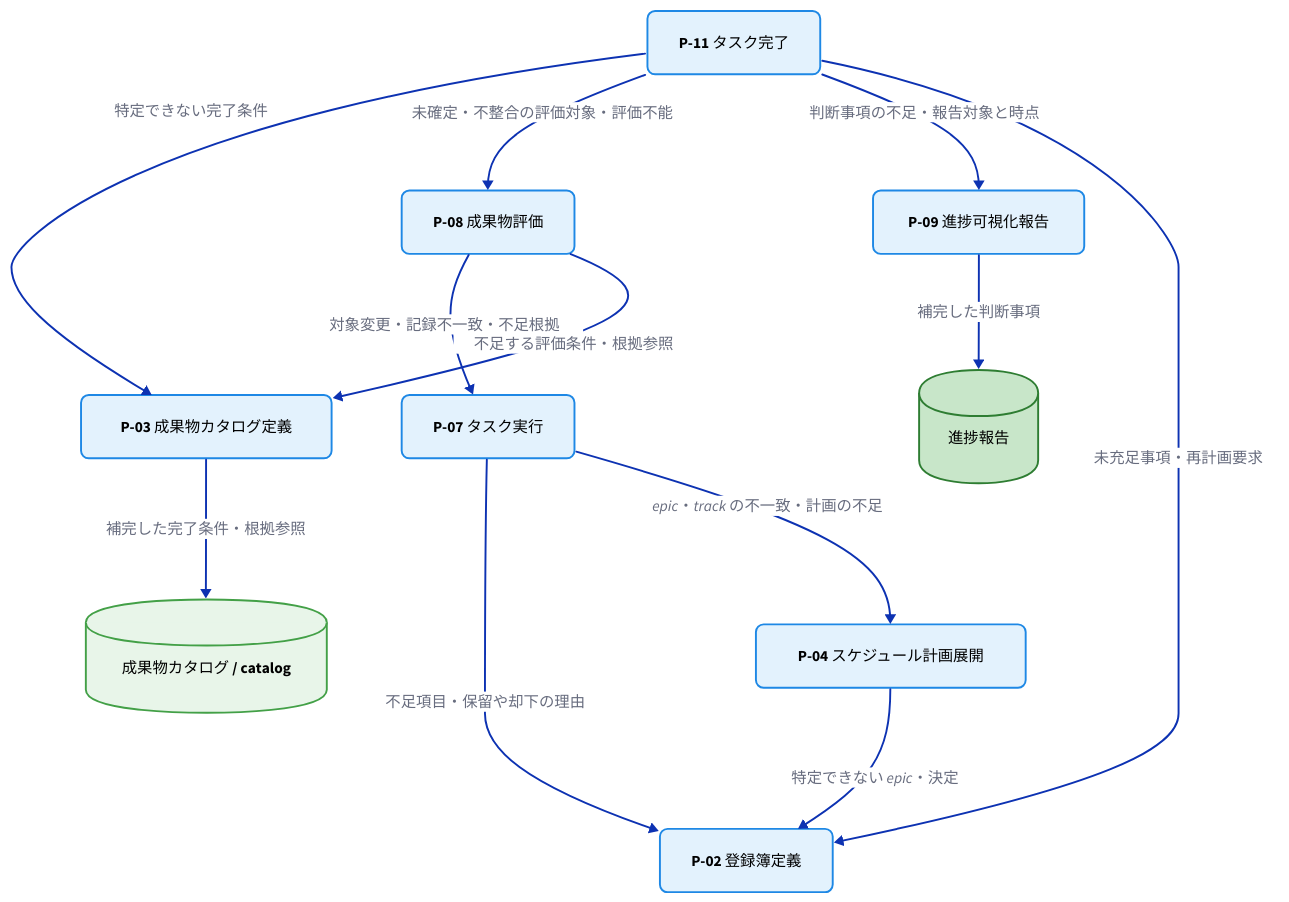
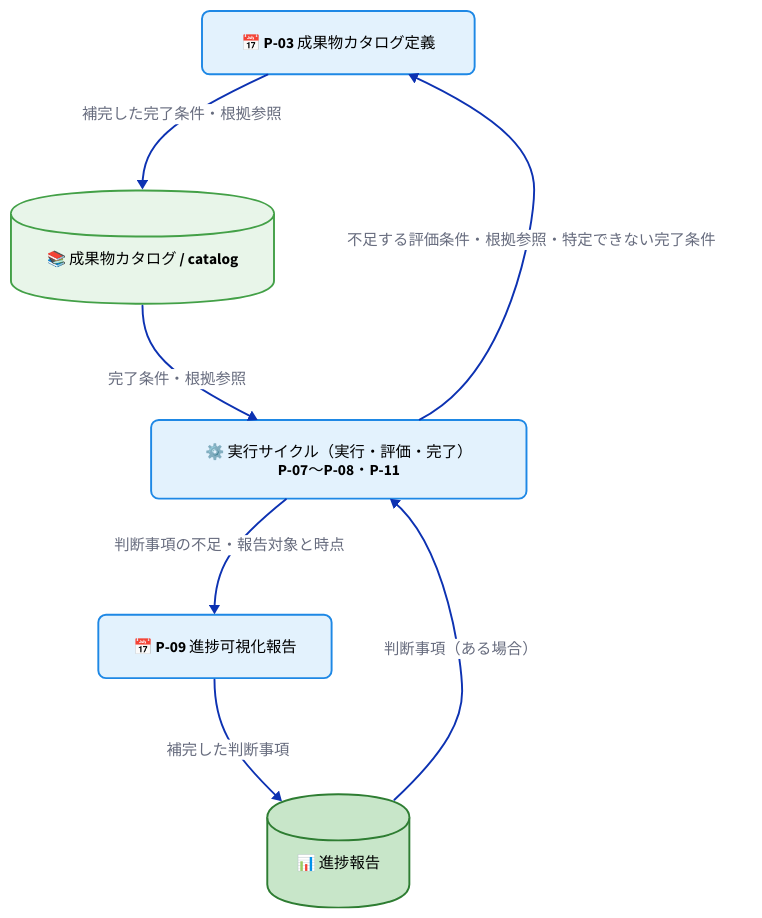
One commit to specdojo/specdojo changed the fourth of 4 diagrams in docs/ja/product/010-business-specs/010-data-flow/cdfd-uc-register.md. Above: the diagram before and after it, drawn with D2. The commit also changed other lines of this file and 4 other files, not shown here.

Commit message:
exec(T-DATA-FLOW-UC-REWRITE-cdfd-uc-register-020): apply task changes

````diff
--- a/docs/ja/product/010-business-specs/010-data-flow/cdfd-uc-register.md
+++ b/docs/ja/product/010-business-specs/010-data-flow/cdfd-uc-register.md
@@ -226,53 +258,52 @@
 ```d2
 direction: down
 
 classes: {
   process: {
     shape: rectangle
     style: {
       border-radius: 8
       fill: "#e3f2fd"
       stroke: "#1e88e5"
+      font-color: "#000000"
+    }
+  }
+  event: {
+    shape: hexagon
+    style: {
+      fill: "#fff3e0"
+      stroke: "#fb8c00"
       font-color: "#000000"
     }
   }
   store_master: {
     shape: cylinder
     style: {
       fill: "#e8f5e9"
       stroke: "#43a047"
       font-color: "#000000"
     }
   }
   store_transaction: {
     shape: cylinder
     style: {
       fill: "#c8e6c9"
       stroke: "#2e7d32"
       font-color: "#000000"
     }
   }
 }
 
-register_def: "P-02 登録簿定義" { class: process }
-catalog_def: "P-03 成果物カタログ定義" { class: process }
-plan: "P-04 スケジュール計画展開" { class: process }
-execute: "P-07 タスク実行" { class: process }
-evaluate: "P-08 成果物評価" { class: process }
-report: "P-09 進捗可視化報告" { class: process }
-complete: "P-11 タスク完了" { class: process }
-catalog: "成果物カタログ / catalog" { class: store_master }
-progress: "進捗報告" { class: store_transaction }
+catalog_def: "📅 P-03 成果物カタログ定義" { class: process }
+report: "📅 P-09 進捗可視化報告" { class: process }
+exec_cycle: "⚙️ 実行サイクル（実行・評価・完了）\nP-07〜P-08・P-11" { class: process }
+catalog: "📚 成果物カタログ / catalog" { class: store_master }
+progress: "📊 進捗報告" { class: store_transaction }
 
-register_def <- plan: "特定できない epic・決定"
-register_def <- execute: "不足項目・保留や却下の理由"
-plan <- execute: "epic・track の不一致・計画の不足"
-execute <- evaluate: "対象変更・記録不一致・不足根拠"
-catalog_def <- evaluate: "不足する評価条件・根拠参照"
-catalog_def <- complete: "特定できない完了条件"
+catalog_def <- exec_cycle: "不足する評価条件・根拠参照・特定できない完了条件"
 catalog_def -> catalog: "補完した完了条件・根拠参照"
-evaluate <- complete: "未確定・不整合の評価対象・評価不能"
-report <- complete: "判断事項の不足・報告対象と時点"
+catalog -> exec_cycle: "完了条件・根拠参照"
+report <- exec_cycle: "判断事項の不足・報告対象と時点"
 report -> progress: "補完した判断事項"
-register_def <- complete: "未充足事項・再計画要求"
+progress -> exec_cycle: "判断事項（ある場合）"
 ```
````
